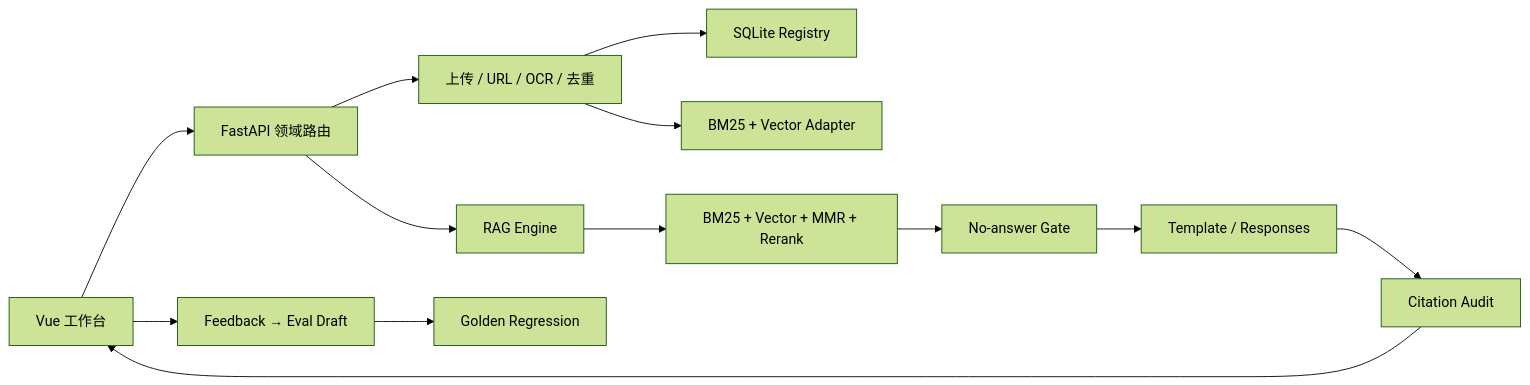
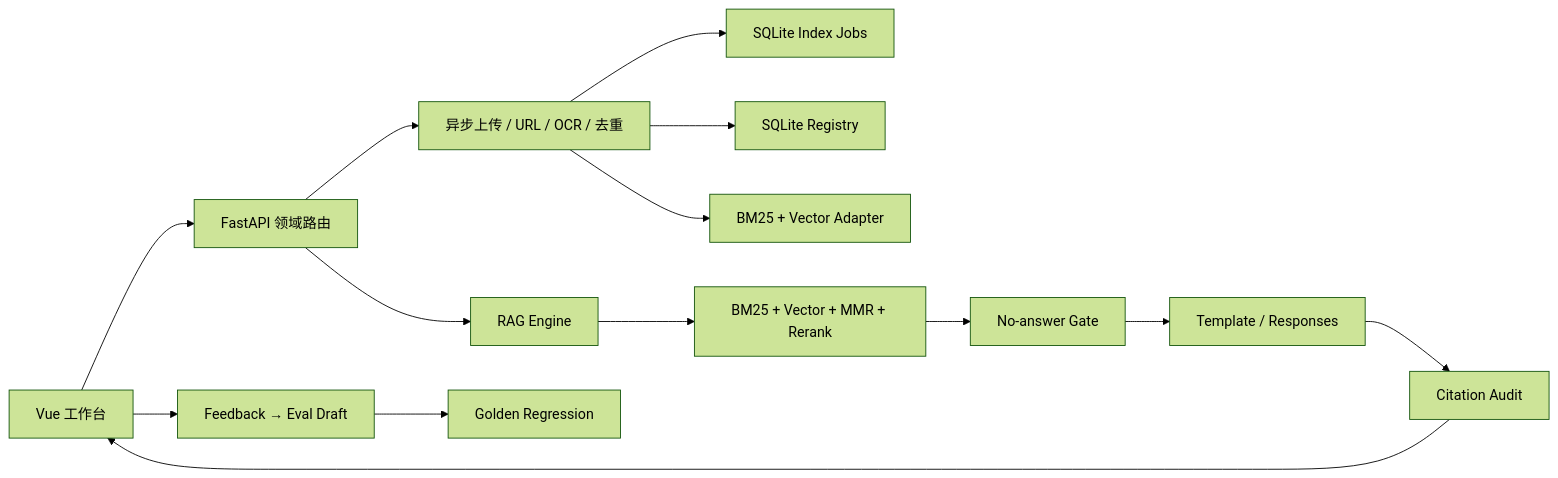
One commit to 728792899-create/personal-multimodal-rag changed the diagram in README.md. Above: the diagram before and after it, drawn with Mermaid (forest theme). The commit also changed other lines of this file and 91 other files, not shown here.

````diff
--- a/README.md
+++ b/README.md
@@ -199,15 +201,16 @@
 ```mermaid
 flowchart LR
   UI["Vue 工作台"] --> API["FastAPI 领域路由"]
-  API --> INGEST["上传 / URL / OCR / 去重"]
+  API --> INGEST["异步上传 / URL / OCR / 去重"]
+  INGEST --> JOBS["SQLite Index Jobs"]
   INGEST --> REG["SQLite Registry"]
   INGEST --> INDEX["BM25 + Vector Adapter"]
   API --> ENGINE["RAG Engine"]
   ENGINE --> RET["BM25 + Vector + MMR + Rerank"]
   RET --> GATE["No-answer Gate"]
   GATE --> GEN["Template / Responses"]
   GEN --> AUDIT["Citation Audit"]
   AUDIT --> UI
   UI --> FEEDBACK["Feedback → Eval Draft"]
   FEEDBACK --> GOLDEN["Golden Regression"]
 ```
````
